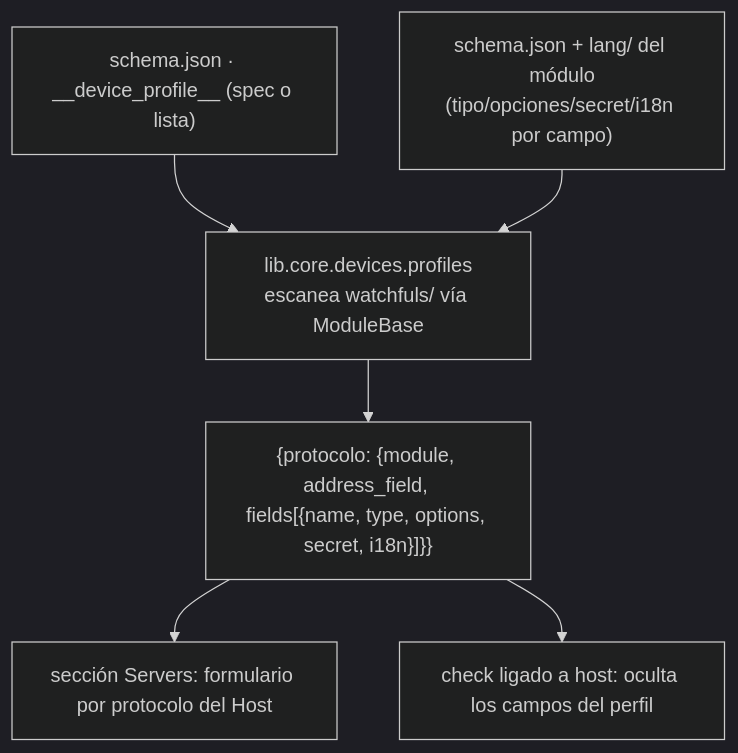
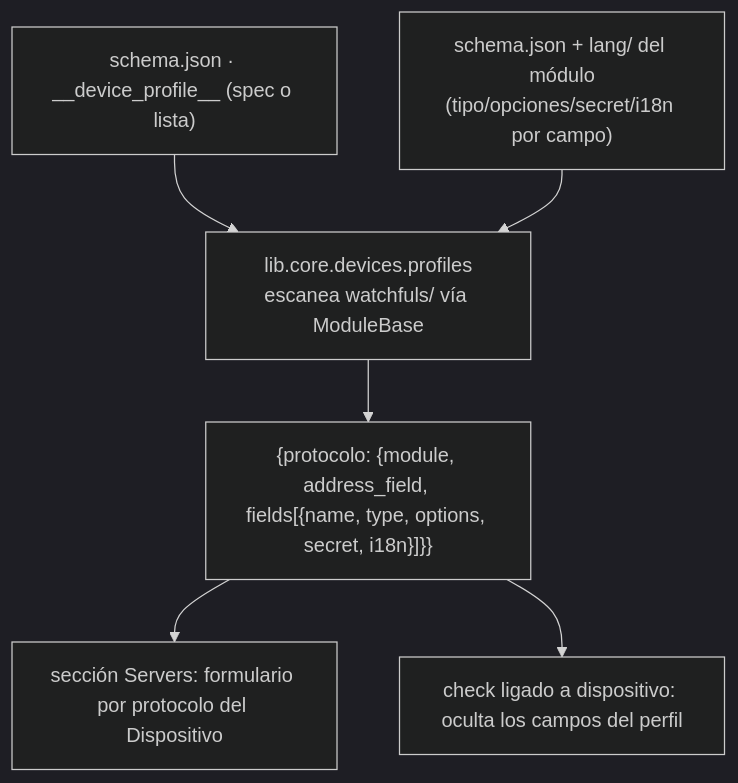
Before and after one commit to vsc55/ServiceSentry: the seventh of 16 diagrams in docs/explica-descubrimiento.md, drawn with Mermaid (dark theme). The commit also changed other lines of this file and 314 other files, not shown here.

````diff
--- a/docs/explica-descubrimiento.md
+++ b/docs/explica-descubrimiento.md
@@ -492,10 +492,10 @@
 ```mermaid
 flowchart TB
     decl["schema.json · __device_profile__ (spec o lista)"]
     meta["schema.json + lang/ del módulo<br/>(tipo/opciones/secret/i18n por campo)"]
     decl --> disc["lib.core.devices.profiles<br/>escanea watchfuls/ vía ModuleBase"]
     meta --> disc
     disc --> map["{protocolo: {module, address_field, fields[{name, type, options, secret, i18n}]}}"]
-    map --> ui["sección Servers: formulario por protocolo del Host"]
-    map --> hide["check ligado a host: oculta los campos del perfil"]
+    map --> ui["sección Servers: formulario por protocolo del Dispositivo"]
+    map --> hide["check ligado a dispositivo: oculta los campos del perfil"]
 ```
````
